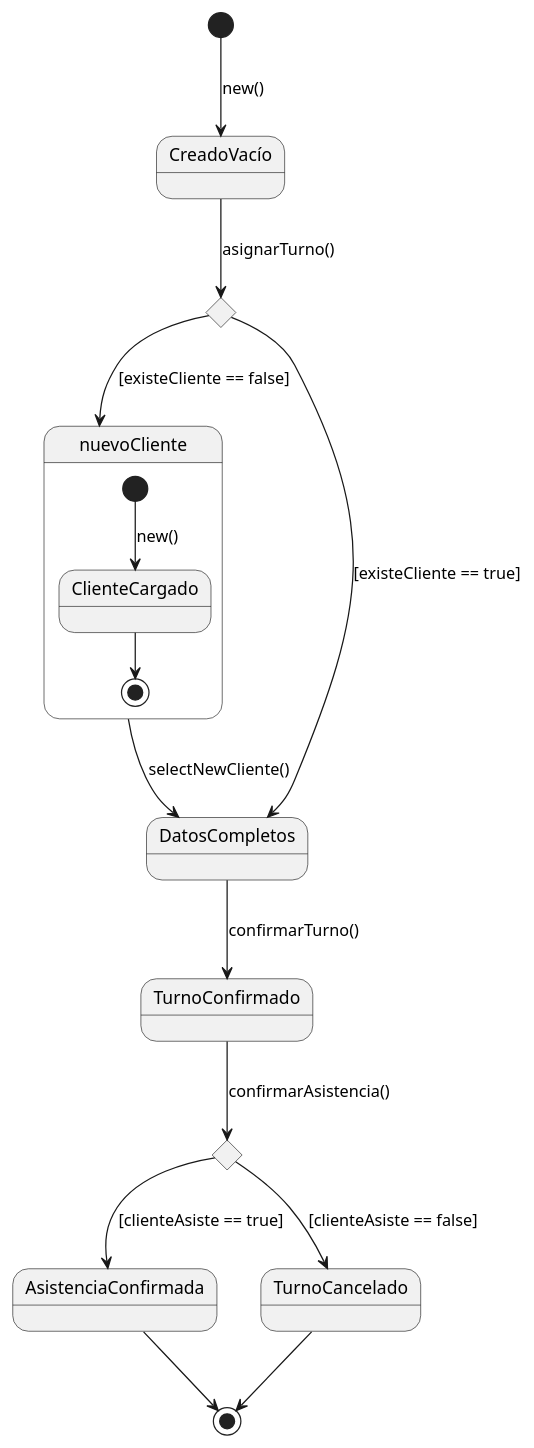
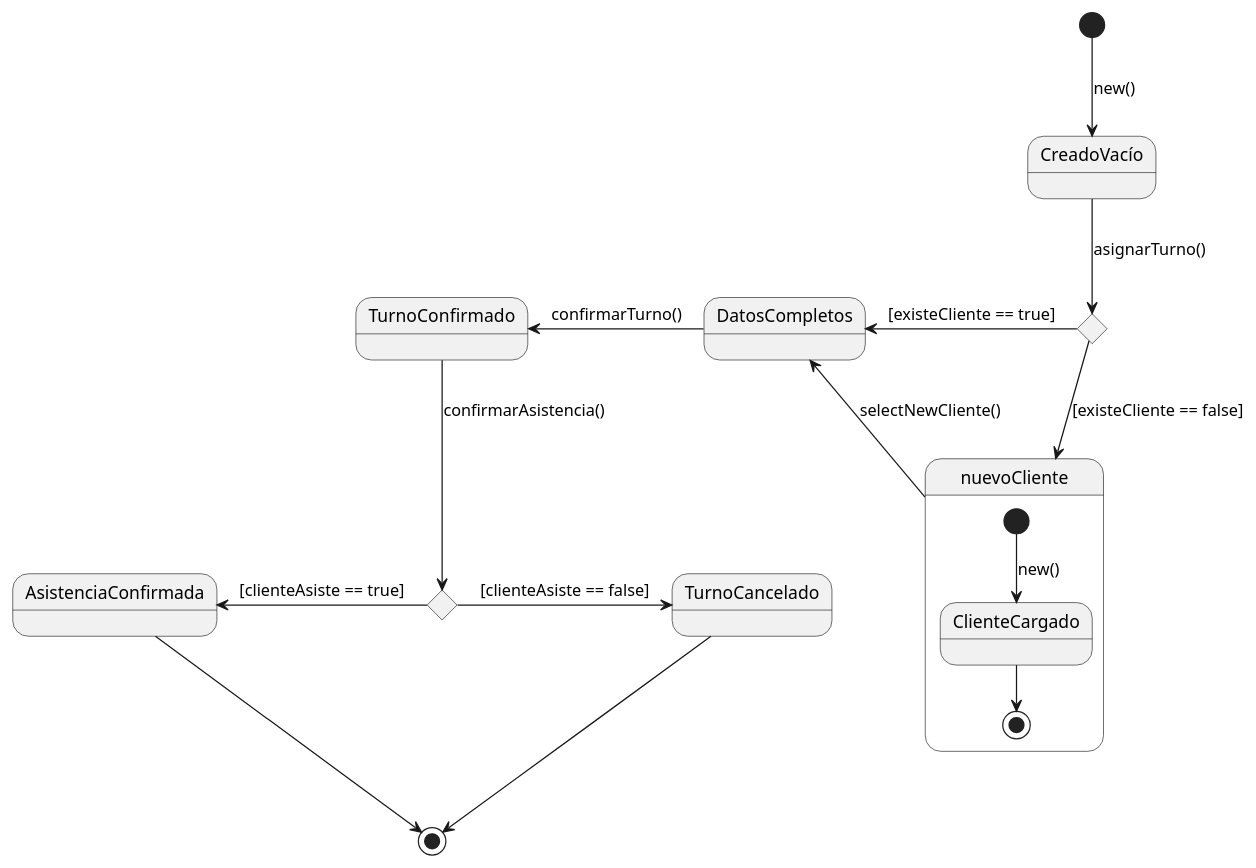
One commit to MatiasCermak/tp-integrador-doo changed the diagram in UML/Diagrama_Estado_Turno.puml. Above: the diagram before and after it, drawn with PlantUML. The commit also changed 2 other files, not shown here.

Commit message:
Actualización Diagramas

```diff
--- a/UML/Diagrama_Estado_Turno.puml
+++ b/UML/Diagrama_Estado_Turno.puml
@@ -1,24 +1,21 @@
 @startuml Turno
-
+ 
 [*] --> CreadoVacío : new()
 state existeCliente <<choice>>
 state clienteAsiste <<choice>>
 state nuevoCliente {
-    [*] --> ClienteCargado : new()
-    ClienteCargado --> [*]
+   [*] --> ClienteCargado : new()
+   ClienteCargado --> [*]
 }
-
+ 
 CreadoVacío --> existeCliente : asignarTurno()
-existeCliente --> DatosCompletos : [existeCliente == true]
+existeCliente -left-> DatosCompletos : [existeCliente == true]
 existeCliente --> nuevoCliente : [existeCliente == false]
 nuevoCliente --> DatosCompletos : selectNewCliente()
-DatosCompletos --> TurnoConfirmado : confirmarTurno()
+DatosCompletos -left-> TurnoConfirmado : confirmarTurno()
 TurnoConfirmado --> clienteAsiste : confirmarAsistencia()
-clienteAsiste --> AsistenciaConfirmada : [clienteAsiste == true]
-clienteAsiste --> TurnoCancelado : [clienteAsiste == false]
+clienteAsiste -left-> AsistenciaConfirmada : [clienteAsiste == true]
+clienteAsiste -right-> TurnoCancelado : [clienteAsiste == false]
 AsistenciaConfirmada --> [*]
 TurnoCancelado -->[*]
-
-
-
 @enduml
```
